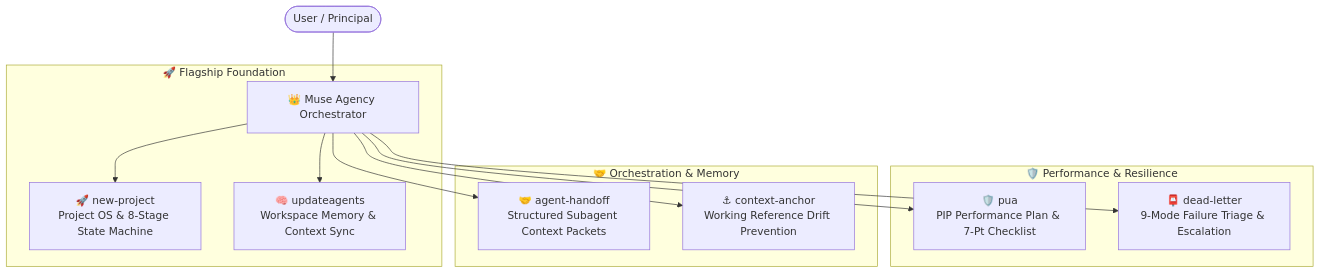
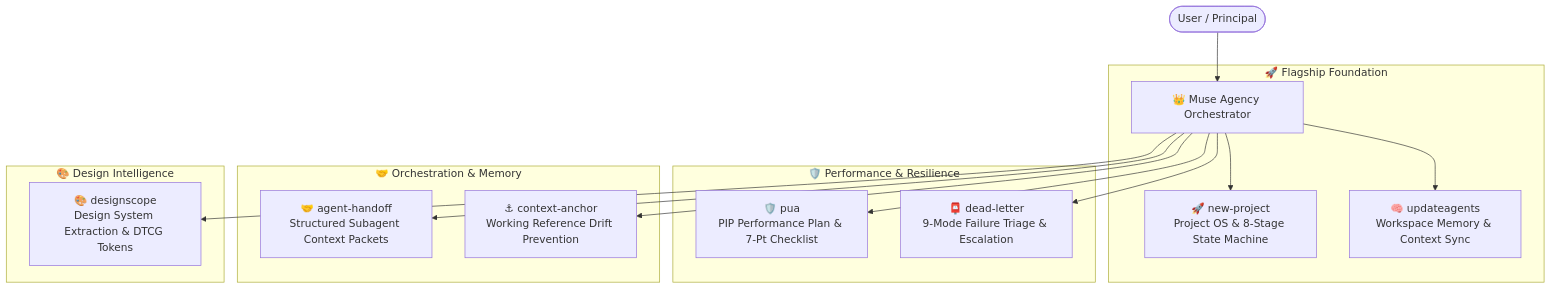
The second of 2 diagrams in README.md (harshsinghmp/muse-skills), drawn with Mermaid before and after one commit. The commit also changed other lines of this file and 16 other files, not shown here.

First line of the commit message:
feat(designscope): add design system extraction skill

````diff
--- a/README.md
+++ b/README.md
@@ -59,19 +118,23 @@
 ```mermaid
 graph TD
     User([User / Principal]) --> Muse[👑 Muse Agency Orchestrator]
     
     subgraph Flagship Suite [🚀 Flagship Foundation]
         Muse --> NP[🚀 new-project<br/>Project OS & 8-Stage State Machine]
         Muse --> UA[🧠 updateagents<br/>Workspace Memory & Context Sync]
     end
 
     subgraph Reliability Suite [🛡️ Performance & Resilience]
         Muse --> PUA[🛡️ pua<br/>PIP Performance Plan & 7-Pt Checklist]
         Muse --> DL[📮 dead-letter<br/>9-Mode Failure Triage & Escalation]
     end
 
     subgraph Multi-Agent Suite [🤝 Orchestration & Memory]
         Muse --> AH[🤝 agent-handoff<br/>Structured Subagent Context Packets]
         Muse --> CA[⚓ context-anchor<br/>Working Reference Drift Prevention]
     end
+
+    subgraph Design Suite [🎨 Design Intelligence]
+        Muse --> DS[🎨 designscope<br/>Design System Extraction & DTCG Tokens]
+    end
 ```
````
